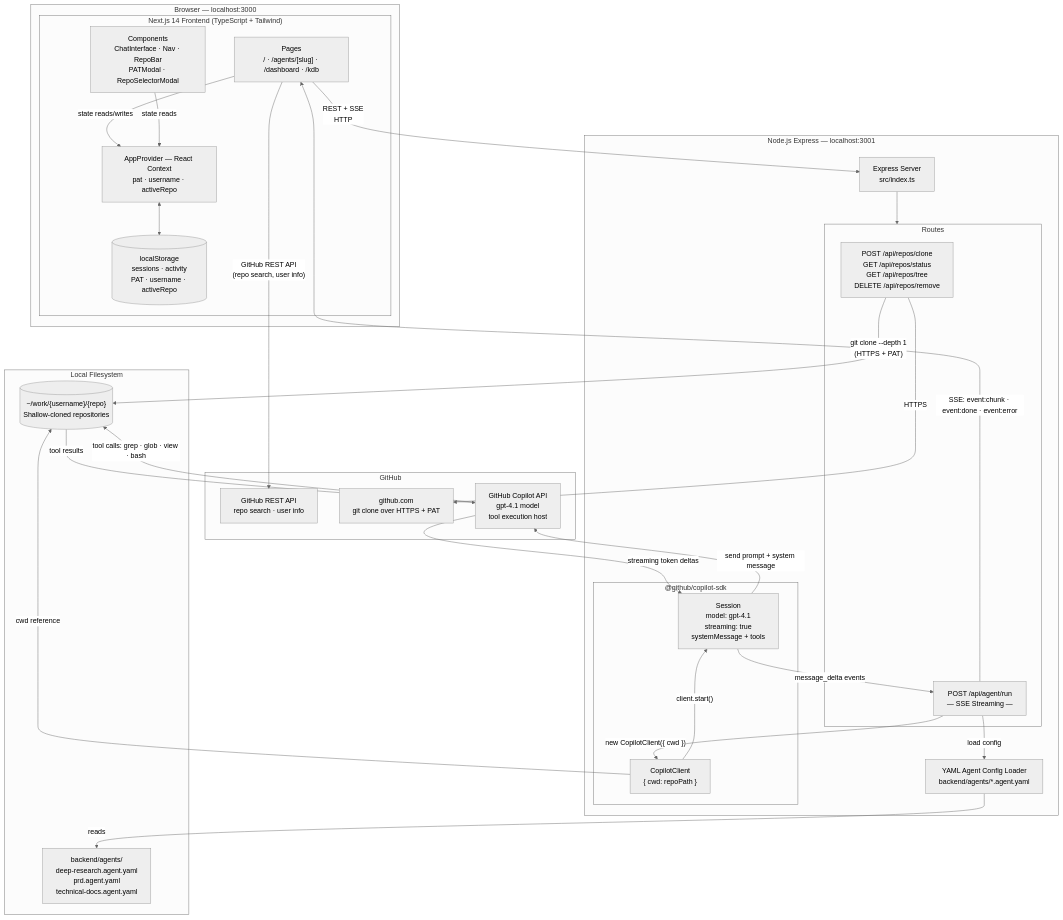
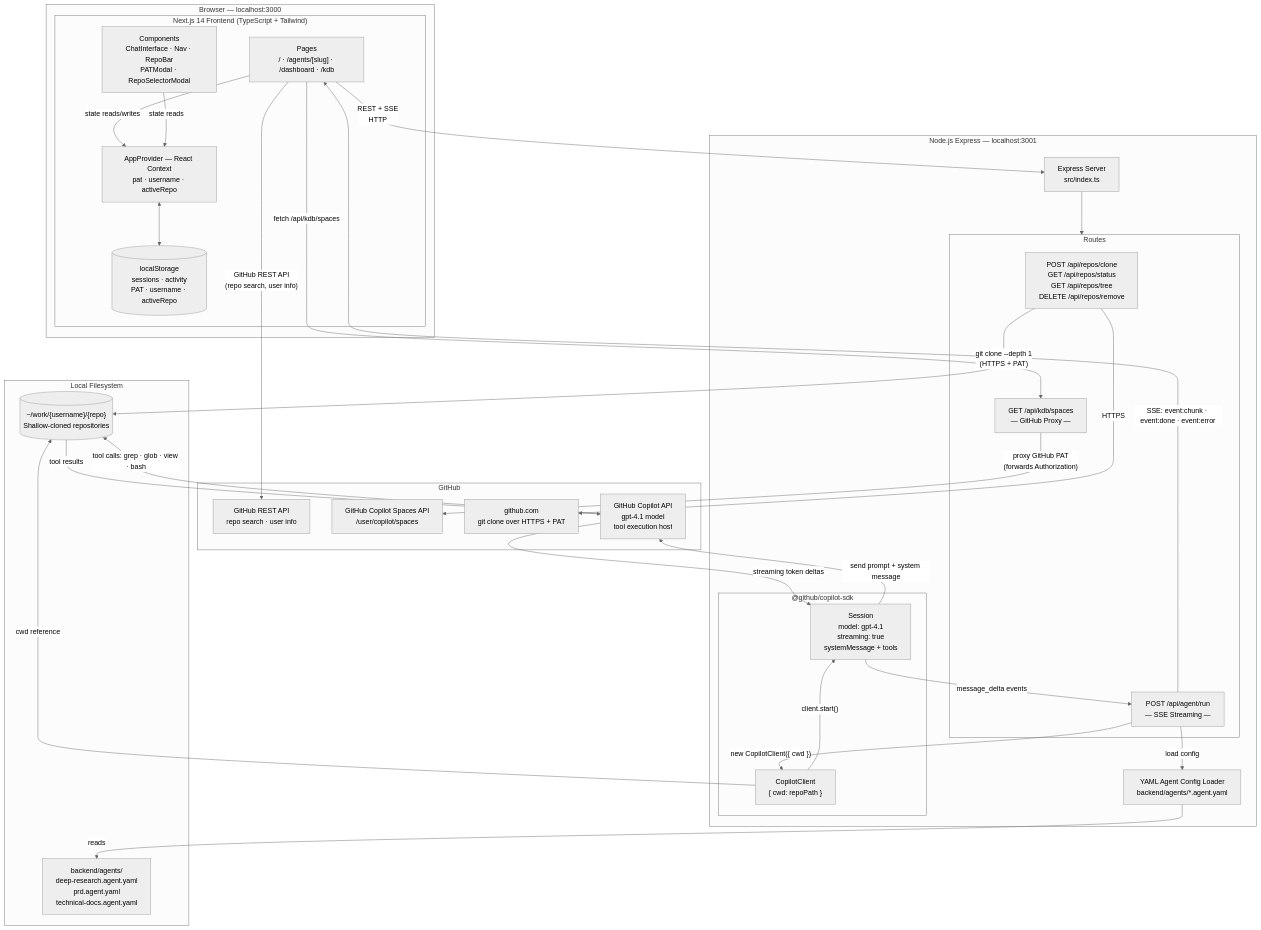
Before and after one commit to ricardocovo/agentic-web-spec: the first of 3 diagrams in ARCHITECTURE.md, drawn with Mermaid (neutral theme). The commit also changed 22 other files, not shown here.

First line of the commit message:
feat: implement KDB Spaces Proxy to resolve CORS issues

````diff
--- a/ARCHITECTURE.md
+++ b/ARCHITECTURE.md
@@ -9,71 +9,80 @@
 ```mermaid
 flowchart TD
     subgraph Browser["Browser — localhost:3000"]
         subgraph NextJS["Next.js 14 Frontend (TypeScript + Tailwind)"]
             Pages["Pages\n/ · /agents/[slug] · /dashboard · /kdb"]
             Components["Components\nChatInterface · Nav · RepoBar\nPATModal · RepoSelectorModal"]
             AppCtx["AppProvider — React Context\npat · username · activeRepo"]
             LS[("localStorage\nsessions · activity\nPAT · username · activeRepo")]
         end
     end
 
     subgraph Backend["Node.js Express — localhost:3001"]
         Express["Express Server\nsrc/index.ts"]
 
         subgraph Routes["Routes"]
             ReposRoute["POST /api/repos/clone\nGET  /api/repos/status\nGET  /api/repos/tree\nDELETE /api/repos/remove"]
             AgentRoute["POST /api/agent/run\n— SSE Streaming —"]
+            KdbRoute["GET /api/kdb/spaces\n— GitHub Proxy —"]
         end
 
         YAMLLoader["YAML Agent Config Loader\nbackend/agents/*.agent.yaml"]
 
         subgraph CopilotSDK["@github/copilot-sdk"]
             CopilotClient["CopilotClient\n{ cwd: repoPath }"]
             Session["Session\nmodel: gpt-4.1\nstreaming: true\nsystemMessage + tools"]
         end
     end
 
     subgraph Disk["Local Filesystem"]
         WorkDir[("~/work/{username}/{repo}\nShallow-cloned repositories")]
         AgentYAML["backend/agents/\ndeep-research.agent.yaml\nprd.agent.yaml\ntechnical-docs.agent.yaml"]
     end
 
     subgraph GitHub["GitHub"]
         GitHubAPI["GitHub REST API\nrepo search · user info"]
+        CopilotSpacesAPI["GitHub Copilot Spaces API\n/user/copilot/spaces"]
         GitRemote["github.com\ngit clone over HTTPS + PAT"]
         CopilotAPI["GitHub Copilot API\ngpt-4.1 model\ntool execution host"]
     end
 
     %% Frontend internal
     Pages -- state reads/writes --> AppCtx
     AppCtx <--> LS
     Components -- state reads --> AppCtx
 
     %% Frontend → Backend
     Pages -- "REST + SSE\nHTTP" --> Express
     Express --> Routes
 
     %% Repos route
     ReposRoute -- "git clone --depth 1\n(HTTPS + PAT)" --> WorkDir
     ReposRoute -- HTTPS --> GitRemote
+
+    %% KDB route
+    KdbRoute -- "proxy GitHub PAT\n(forwards Authorization)" --> CopilotSpacesAPI
+    Pages -- "fetch /api/kdb/spaces" --> KdbRoute
 
     %% Agent route
     AgentRoute -- "load config" --> YAMLLoader
     YAMLLoader -- "reads" --> AgentYAML
     AgentRoute -- "new CopilotClient({ cwd })" --> CopilotClient
     CopilotClient -- "client.start()" --> Session
     CopilotClient -- "cwd reference" --> WorkDir
 
     %% SDK → Copilot API
     Session -- "send prompt + system message" --> CopilotAPI
     CopilotAPI -- "tool calls: grep · glob · view · bash" --> WorkDir
     WorkDir -- "tool results" --> CopilotAPI
     CopilotAPI -- "streaming token deltas" --> Session
 
     %% Streaming back to browser
     Session -- "message_delta events" --> AgentRoute
     AgentRoute -- "SSE: event:chunk · event:done · event:error" --> Pages
 
     %% Frontend → GitHub API (PAT auth)
     Pages -- "GitHub REST API\n(repo search, user info)" --> GitHubAPI
+    
+    %% KDB spaces loaded via proxy (no direct CORS call)
+    %% Pages call KdbRoute which proxies to CopilotSpacesAPI
 ```
````
